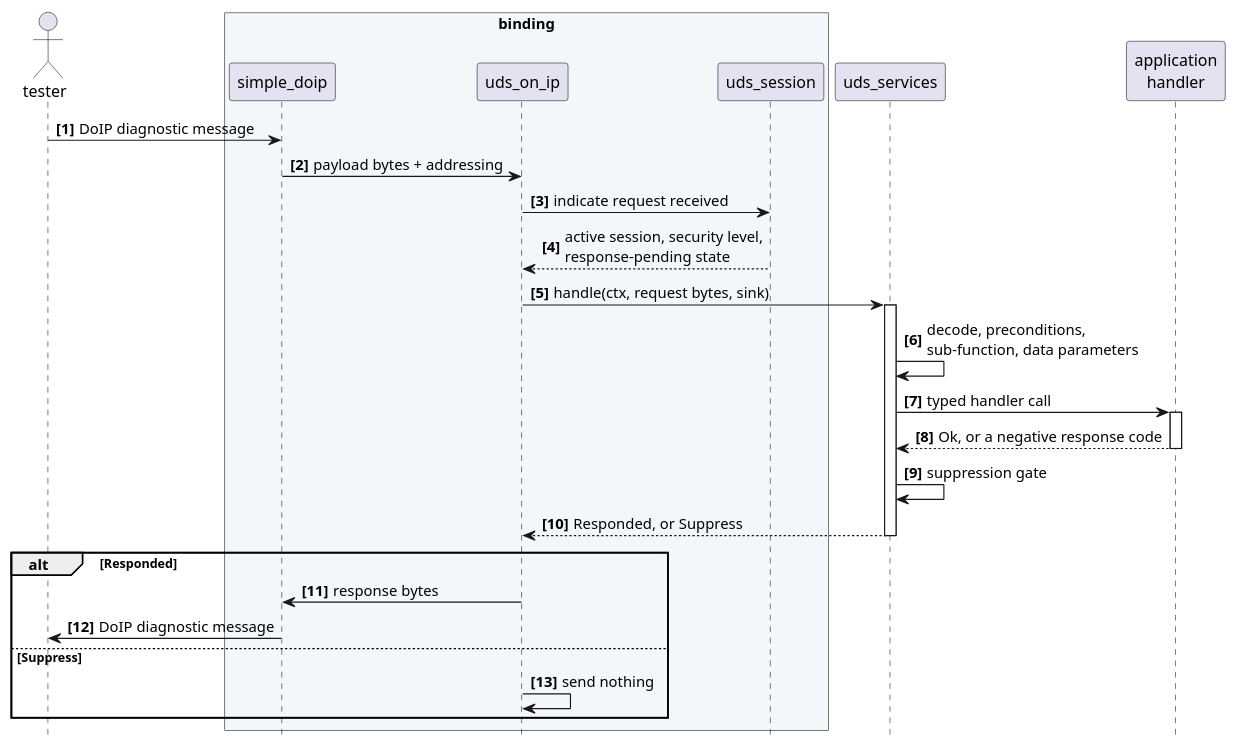
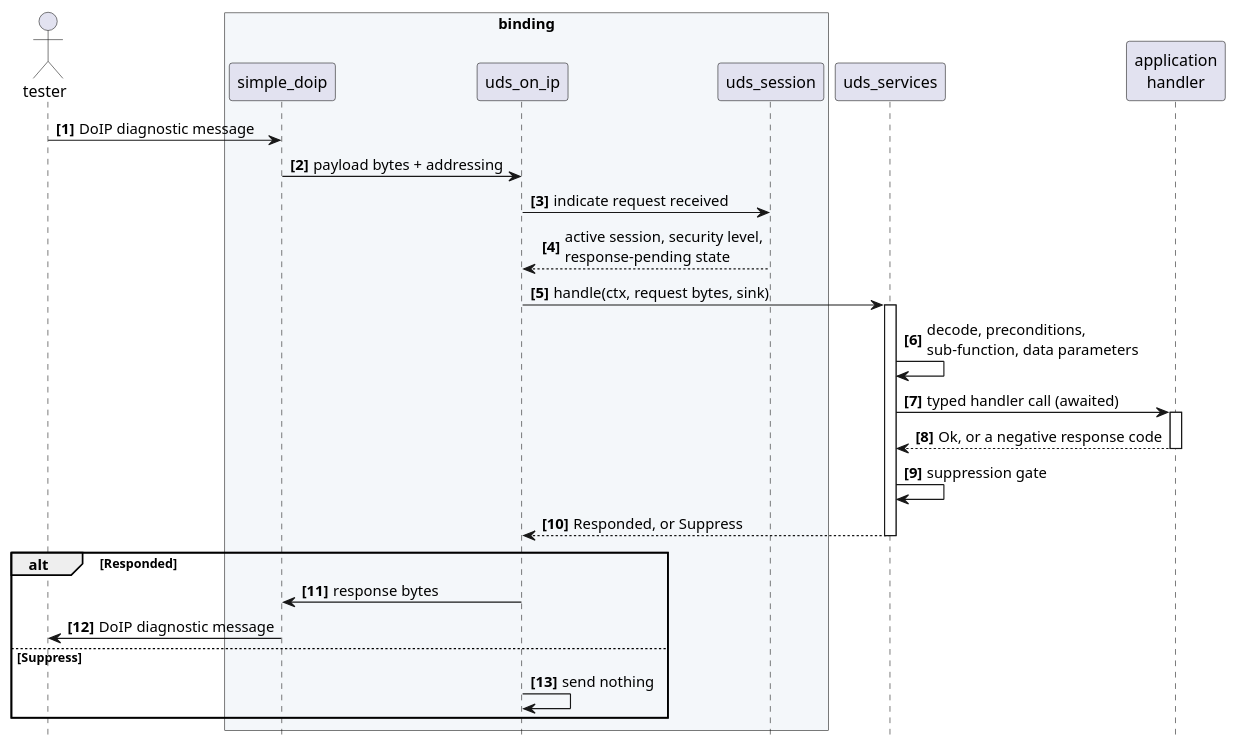
The second of 3 diagrams in crates/uds_services/docs/architecture/stack-position.rst (luminartech/uds_stack), drawn with PlantUML before and after one commit. The commit also changed other lines of this file, not shown here.

```diff
--- a/crates/uds_services/docs/architecture/stack-position.rst
+++ b/crates/uds_services/docs/architecture/stack-position.rst
@@ -194,41 +194,41 @@
 .. uml::
    :align: center
    :caption: One physically addressed request reaching a server, from the wire to a
              handler and back. The client-side path is in :doc:`client-surface`.
 
    @startuml
    autonumber "<b>[0]"
    hide footbox
 
    actor tester as T
    box "binding" #F4F7FA
      participant "simple_doip" as D
      participant "uds_on_ip" as I
      participant "uds_session" as S
    end box
    participant "uds_services" as V
    participant "application\nhandler" as H
 
    T -> D : DoIP diagnostic message
    D -> I : payload bytes + addressing
    I -> S : indicate request received
    S --> I : active session, security level,\nresponse-pending state
    I -> V : handle(ctx, request bytes, sink)
    activate V
 
    V -> V : decode, preconditions,\nsub-function, data parameters
-   V -> H : typed handler call
+   V -> H : typed handler call (awaited)
    activate H
    H --> V : Ok, or a negative response code
    deactivate H
    V -> V : suppression gate
    V --> I : Responded, or Suppress
    deactivate V
 
    alt Responded
      I -> D : response bytes
      D -> T : DoIP diagnostic message
    else Suppress
      I -> I : send nothing
    end
    @enduml
```
